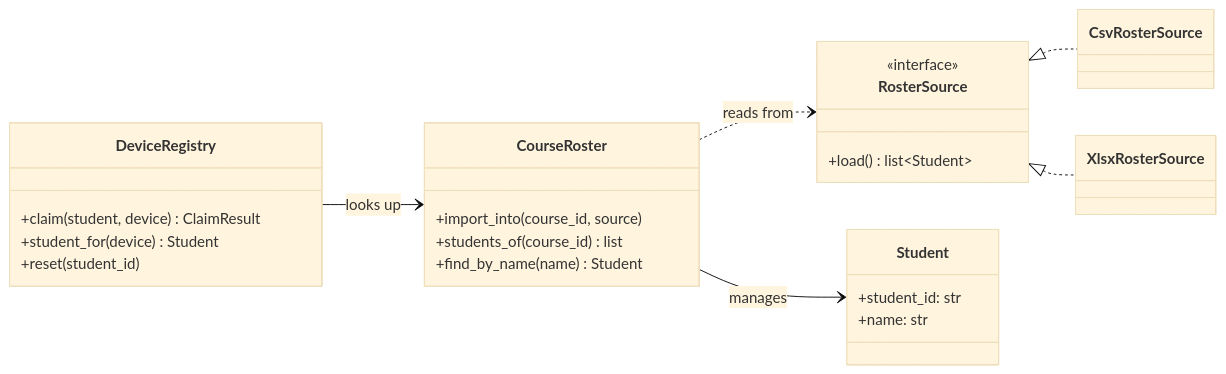
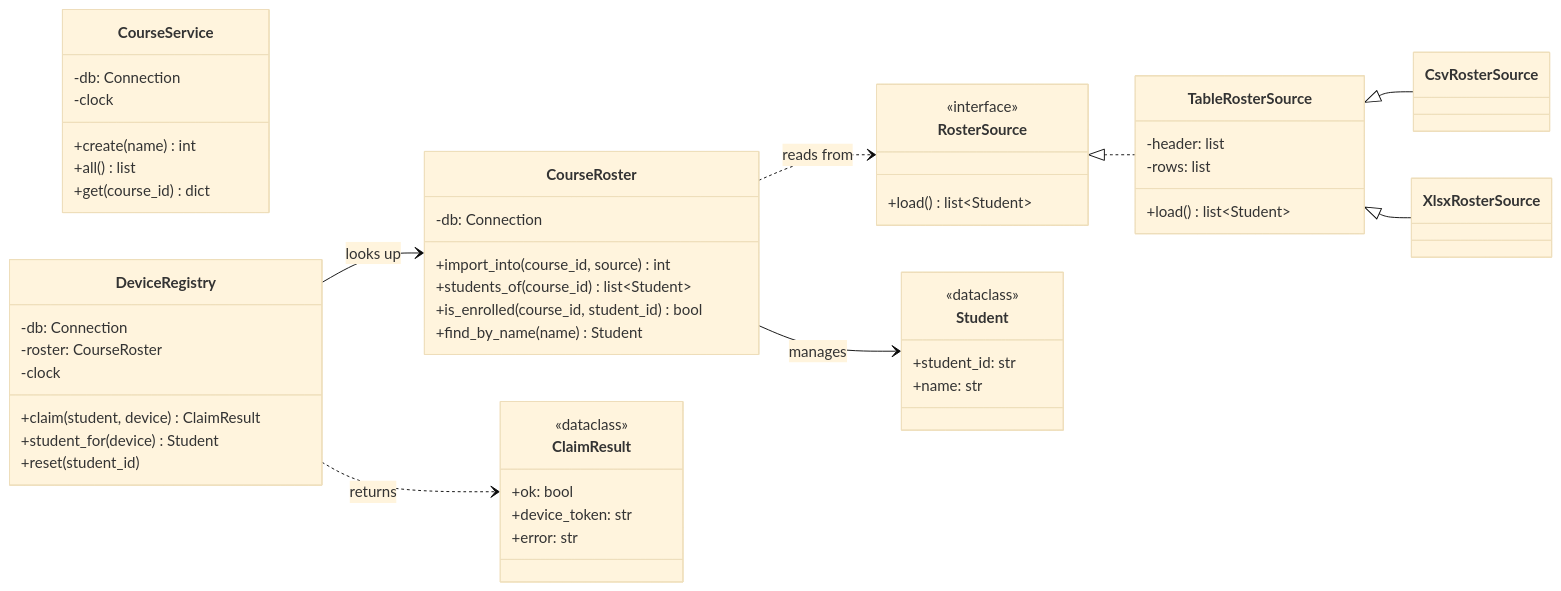
The third of 11 diagrams in docs/DIAGRAMS.md (shiral2571-alt/SoftwareEngineering_Ex2), drawn with Mermaid (base theme) before and after one commit. The commit also changed other lines of this file and 3 other files, not shown here.

````diff
--- a/docs/DIAGRAMS.md
+++ b/docs/DIAGRAMS.md
@@ -49,30 +49,56 @@
 ```mermaid
 classDiagram
     direction LR
     class RosterSource {
         <<interface>>
         +load() list~Student~
     }
+    class TableRosterSource {
+        -header: list
+        -rows: list
+        +load() list~Student~
+    }
     class CsvRosterSource
     class XlsxRosterSource
-    RosterSource <|.. CsvRosterSource
-    RosterSource <|.. XlsxRosterSource
+    RosterSource <|.. TableRosterSource
+    TableRosterSource <|-- CsvRosterSource
+    TableRosterSource <|-- XlsxRosterSource
 
     class Student {
+        <<dataclass>>
         +student_id: str
         +name: str
     }
+    class CourseService {
+        -db: Connection
+        -clock
+        +create(name) int
+        +all() list
+        +get(course_id) dict
+    }
     class CourseRoster {
-        +import_into(course_id, source)
-        +students_of(course_id) list
+        -db: Connection
+        +import_into(course_id, source) int
+        +students_of(course_id) list~Student~
+        +is_enrolled(course_id, student_id) bool
         +find_by_name(name) Student
     }
     class DeviceRegistry {
+        -db: Connection
+        -roster: CourseRoster
+        -clock
         +claim(student, device) ClaimResult
         +student_for(device) Student
         +reset(student_id)
     }
+    class ClaimResult {
+        <<dataclass>>
+        +ok: bool
+        +device_token: str
+        +error: str
+    }
     CourseRoster ..> RosterSource : reads from
     CourseRoster --> Student : manages
     DeviceRegistry --> CourseRoster : looks up
+    DeviceRegistry ..> ClaimResult : returns
 ```
````
